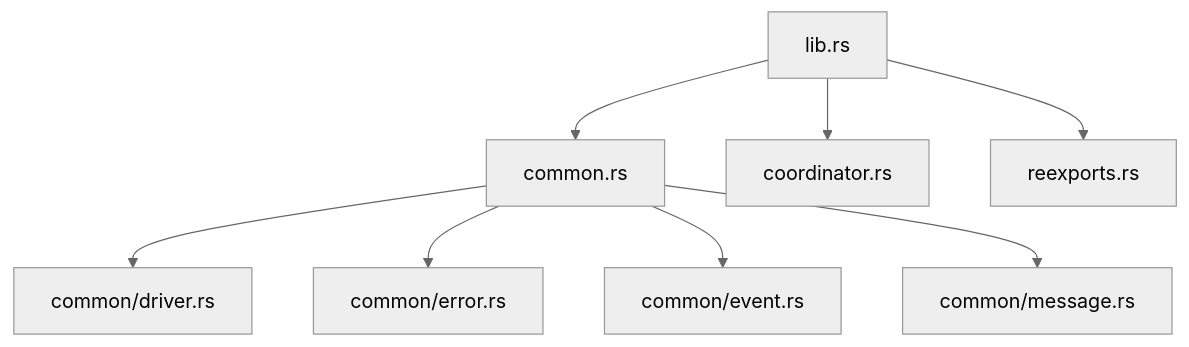
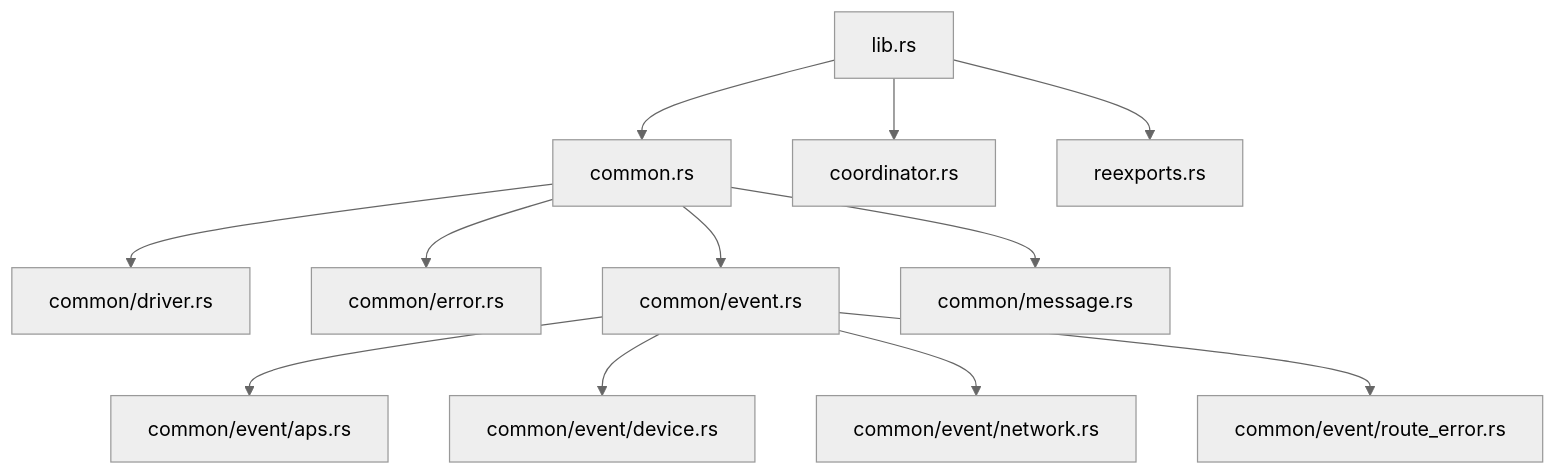
The third of 3 diagrams in hw/ARCHITECTURE.md (PaulmannLighting/apis-saltans), drawn with Mermaid (neutral theme) before and after one commit. The commit also changed other lines of this file and 12 other files, not shown here.

````diff
--- a/hw/ARCHITECTURE.md
+++ b/hw/ARCHITECTURE.md
@@ -87,10 +88,14 @@
 ```mermaid
 flowchart TD
     L[lib.rs] --> C[common.rs]
     L --> N[coordinator.rs]
     L --> R[reexports.rs]
     C --> D[common/driver.rs]
     C --> E[common/error.rs]
     C --> V[common/event.rs]
     C --> M[common/message.rs]
+    V --> AV[common/event/aps.rs]
+    V --> DV[common/event/device.rs]
+    V --> NV[common/event/network.rs]
+    V --> RV[common/event/route_error.rs]
 ```
````
